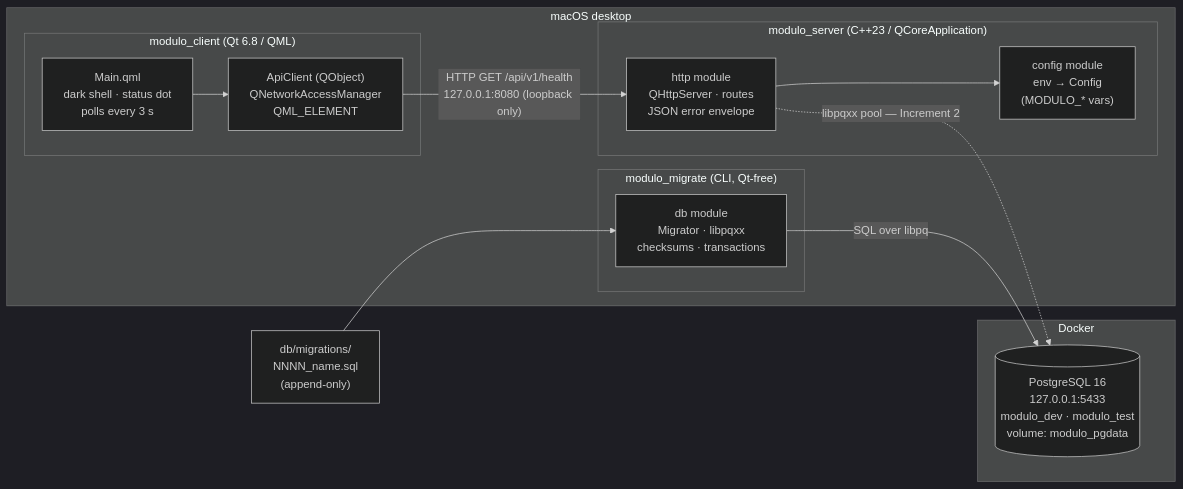
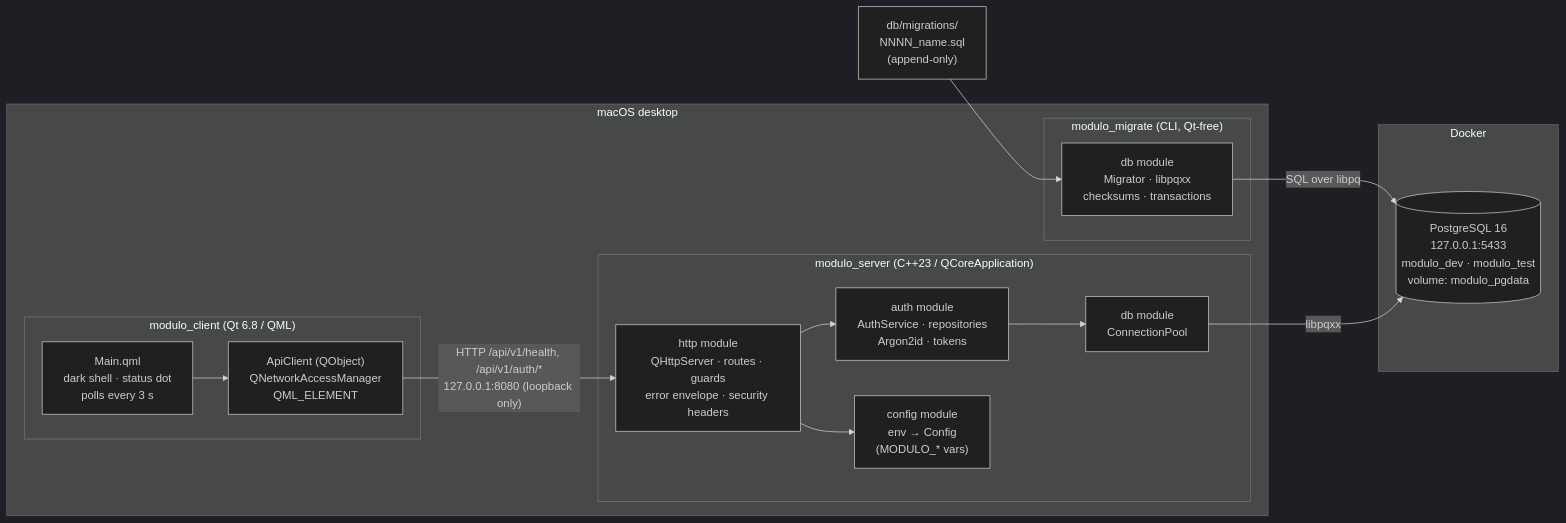
Before and after one commit to angelobarbu/Modulo: the first of 7 diagrams in docs/high_level_design.md, drawn with Mermaid (dark theme). The commit also changed other lines of this file and 28 other files, not shown here.

Commit message:
Increment 3 - Step 3: Auth HTTP Service & Guard

````diff
--- a/docs/high_level_design.md
+++ b/docs/high_level_design.md
@@ -5,47 +5,54 @@
 ```mermaid
 flowchart LR
     subgraph desktop["macOS desktop"]
         subgraph client["modulo_client (Qt 6.8 / QML)"]
             qml["Main.qml
 dark shell · status dot
 polls every 3 s"]
             apiclient["ApiClient (QObject)
 QNetworkAccessManager
 QML_ELEMENT"]
             qml --> apiclient
         end
 
         subgraph serverproc["modulo_server (C++23 / QCoreApplication)"]
             http["http module
-QHttpServer · routes
-JSON error envelope"]
+QHttpServer · routes · guards
+error envelope · security headers"]
+            authsvc["auth module
+AuthService · repositories
+Argon2id · tokens"]
             config["config module
 env → Config
 (MODULO_* vars)"]
+            pool["db module
+ConnectionPool"]
             http --> config
+            http --> authsvc
+            authsvc --> pool
         end
 
         subgraph migrate["modulo_migrate (CLI, Qt-free)"]
             migrator["db module
 Migrator · libpqxx
 checksums · transactions"]
         end
     end
 
     subgraph docker["Docker"]
         pg[("PostgreSQL 16
 127.0.0.1:5433
 modulo_dev · modulo_test
 volume: modulo_pgdata")]
     end
 
     sql["db/migrations/
 NNNN_name.sql
 (append-only)"]
 
-    apiclient -- "HTTP GET /api/v1/health
+    apiclient -- "HTTP /api/v1/health, /api/v1/auth/*
 127.0.0.1:8080 (loopback only)" --> http
     migrator -- "SQL over libpq" --> pg
     sql --> migrator
-    http -. "libpqxx pool — Increment 2" .-> pg
+    pool -- "libpqxx" --> pg
 ```
````
